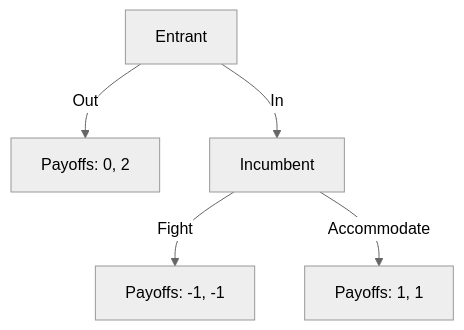
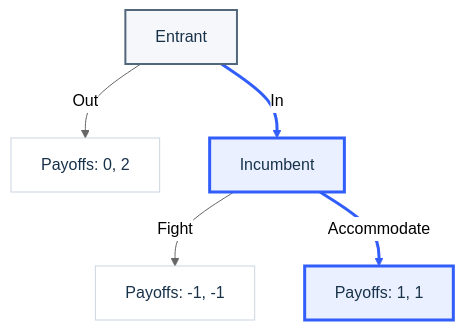
Before and after one commit to Ceejay464/Adaptive_Sequencer_Selection: the second of 3 diagrams in README.md, drawn with Mermaid (neutral theme). The commit also changed other lines of this file and 21 other files, not shown here.

````diff
--- a/README.md
+++ b/README.md
@@ -107,7 +139,14 @@
 ```mermaid
 flowchart TD
     E["Entrant"] -->|Out| O["Payoffs: 0, 2"]
     E -->|In| I["Incumbent"]
     I -->|Fight| F["Payoffs: -1, -1"]
     I -->|Accommodate| A["Payoffs: 1, 1"]
+    classDef decision fill:#F5F7FB,stroke:#52677C,color:#18324A,stroke-width:2px;
+    classDef selected fill:#EAF0FF,stroke:#315EFB,color:#18324A,stroke-width:3px;
+    classDef terminal fill:#FFFFFF,stroke:#CBD5E1,color:#18324A;
+    class E decision;
+    class I,A selected;
+    class O,F terminal;
+    linkStyle 1,3 stroke:#315EFB,stroke-width:3px;
 ```
````
